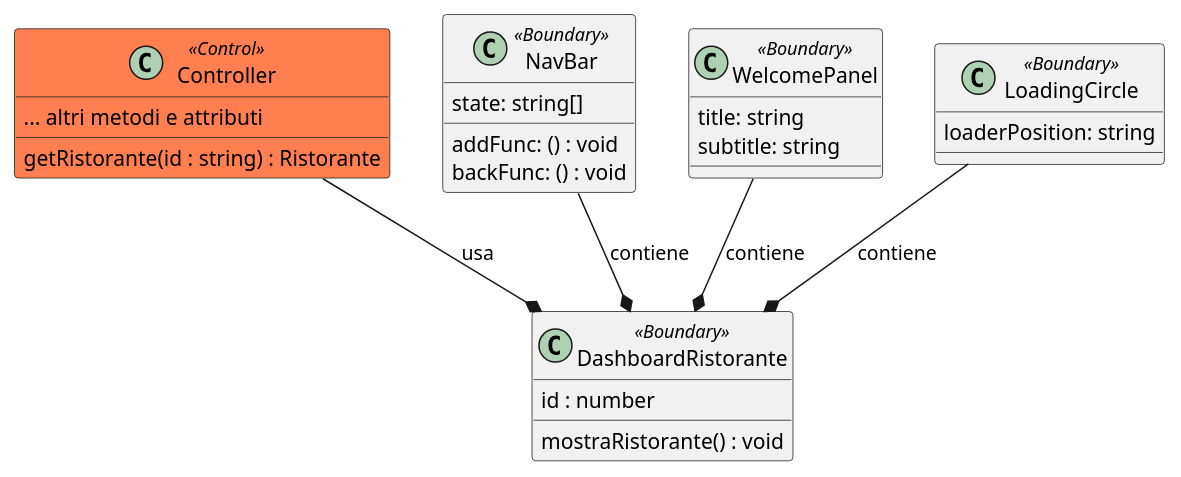
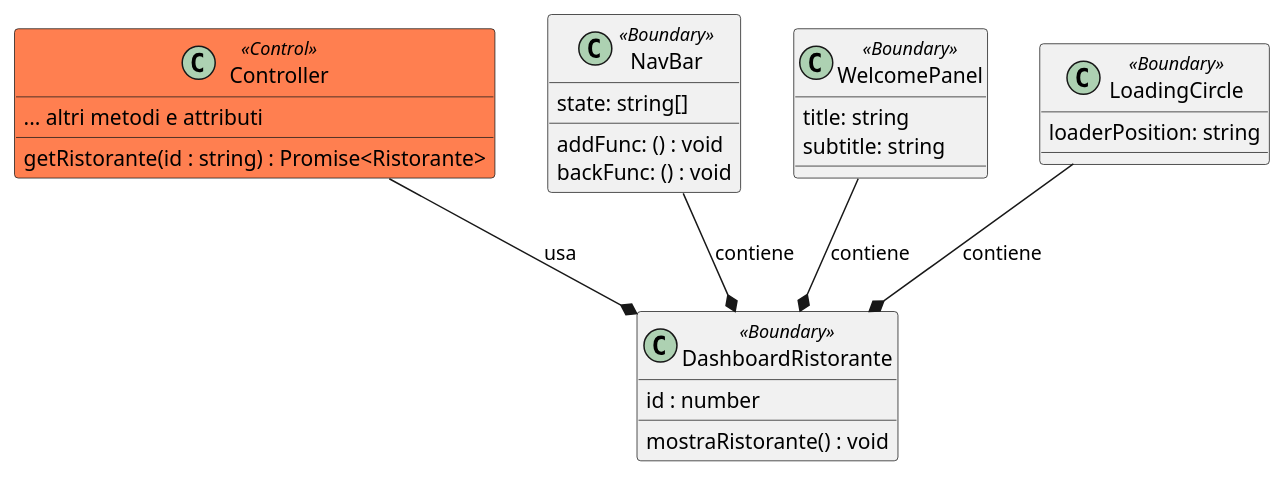
Before and after one commit to macro21KGB/Esame-INGSW-22-23: the diagram in diagrams/PUML/routes/DashboardRistorante.puml, drawn with PlantUML. The commit also changed 7 other files, not shown here.

```diff
--- a/diagrams/PUML/routes/DashboardRistorante.puml
+++ b/diagrams/PUML/routes/DashboardRistorante.puml
@@ -1,42 +1,42 @@
 @startuml
 
 
 class Controller <<Control>> #coral{
 ... altri metodi e attributi
-getRistorante(id : string) : Ristorante
+getRistorante(id : string) : Promise<Ristorante>
 }
 
 class DashboardRistorante <<Boundary>> {
 id : number
 mostraRistorante() : void
 }
 
 
 class NavBar <<Boundary>> {
 
 	addFunc: () : void
 	backFunc: () : void
 	state: string[]
 }
 
 class WelcomePanel <<Boundary>> {
 
     title: string
     subtitle: string
 
 }
 
 class LoadingCircle <<Boundary>> {
 
 	loaderPosition: string
 
 }
 
 
 
 WelcomePanel--* DashboardRistorante: contiene
 NavBar --* DashboardRistorante: contiene
 LoadingCircle --* DashboardRistorante: contiene
 
 Controller --* DashboardRistorante: usa
 @enduml
```
